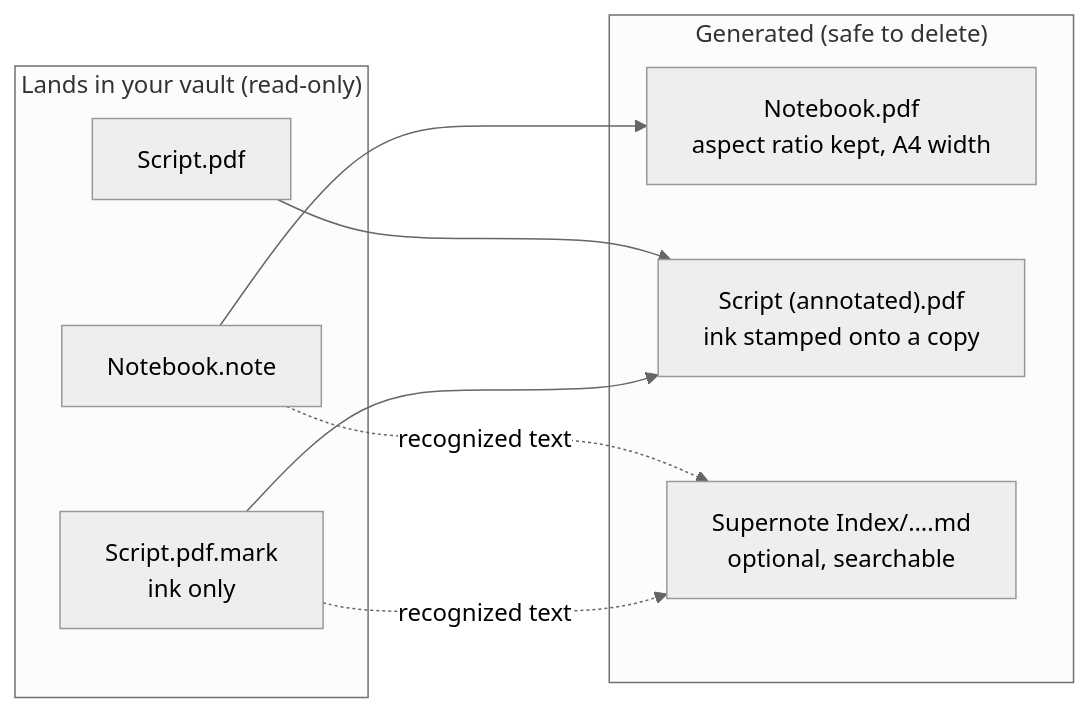
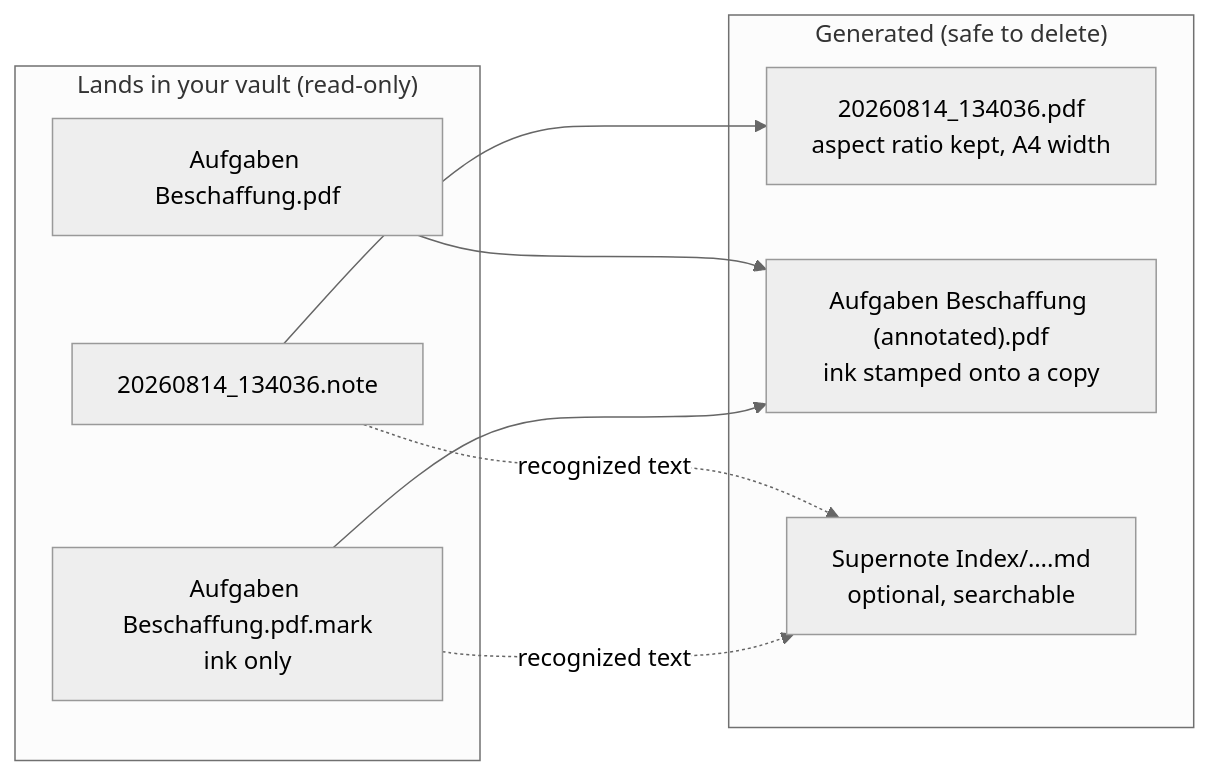
One commit to JUNSKIx1/obsidian-supernote-annotations changed the diagram in README.md. Above: the diagram before and after it, drawn with Mermaid (neutral theme). The commit also changed other lines of this file and 1 other file, not shown here.

Commit message:
Show a real vault screenshot beside the README diagram
The diagram explains the model; the screenshot shows what it actually looks
like in the file explorer, including why no .note or .mark appears there.
Diagram labels now use the same three filenames as the image.

````diff
--- a/README.md
+++ b/README.md
@@ -9,18 +9,18 @@
 ```mermaid
 flowchart LR
   subgraph src["Lands in your vault (read-only)"]
-    A["Notebook.note"]
-    B["Script.pdf"]
-    C["Script.pdf.mark<br/>ink only"]
+    A["20260814_134036.note"]
+    B["Aufgaben Beschaffung.pdf"]
+    C["Aufgaben Beschaffung.pdf.mark<br/>ink only"]
   end
   subgraph out["Generated (safe to delete)"]
-    G["Notebook.pdf<br/>aspect ratio kept, A4 width"]
-    H["Script (annotated).pdf<br/>ink stamped onto a copy"]
+    G["20260814_134036.pdf<br/>aspect ratio kept, A4 width"]
+    H["Aufgaben Beschaffung (annotated).pdf<br/>ink stamped onto a copy"]
     I["Supernote Index/….md<br/>optional, searchable"]
   end
   A --> G
   B --> H
   C --> H
   A -.recognized text.-> I
   C -.recognized text.-> I
 ```
````
